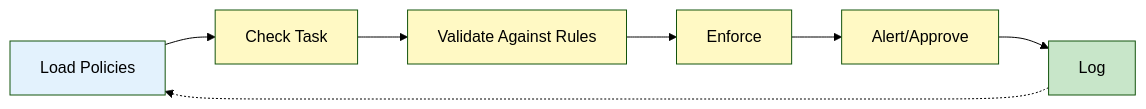
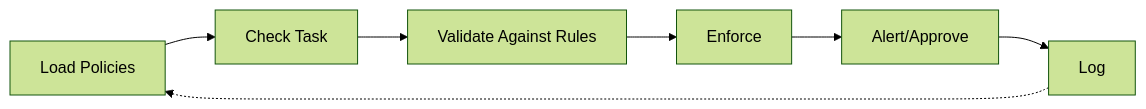
Before and after one commit to CharlesLuxinger/harness-eng-multi-agent: the diagram in instructions/policy/HEARTBEAT.md, drawn with Mermaid (forest theme). The commit also changed other lines of this file and 67 other files, not shown here.

````diff
--- a/instructions/policy/HEARTBEAT.md
+++ b/instructions/policy/HEARTBEAT.md
@@ -18,23 +18,16 @@
 ```mermaid
 graph LR
   A["Load Policies"]
   B["Check Task"]
   C["Validate Against Rules"]
   D["Enforce"]
   E["Alert/Approve"]
   F["Log"]
   
   A --> B
   B --> C
   C --> D
   D --> E
   E --> F
   F -.-> A
-  
-  style A fill:#e3f2fd
-  style B fill:#fff9c4
-  style C fill:#fff9c4
-  style D fill:#fff9c4
-  style E fill:#fff9c4
-  style F fill:#c8e6c9
 ```
````
